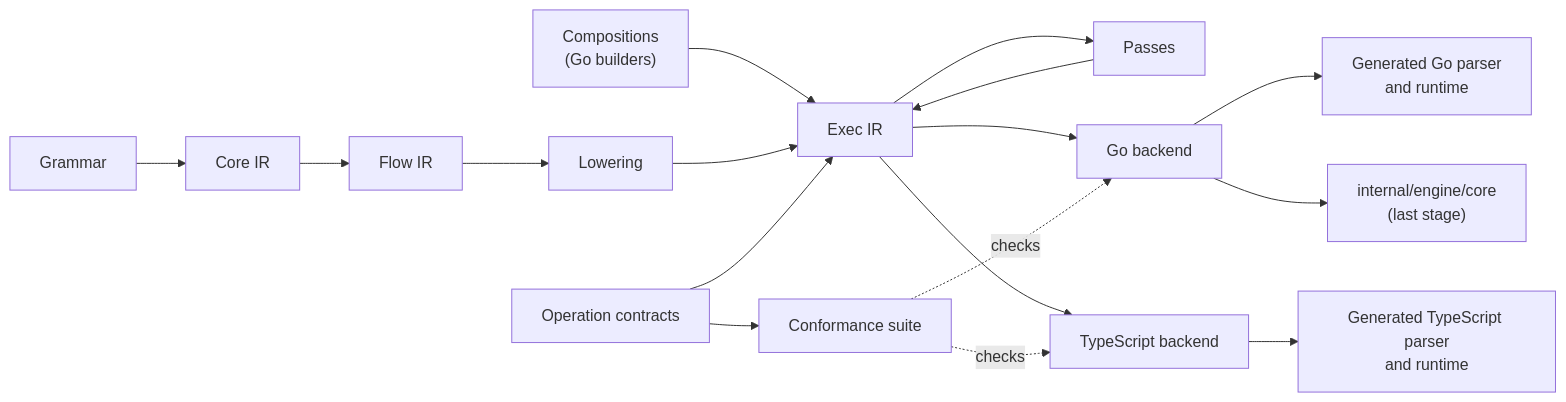
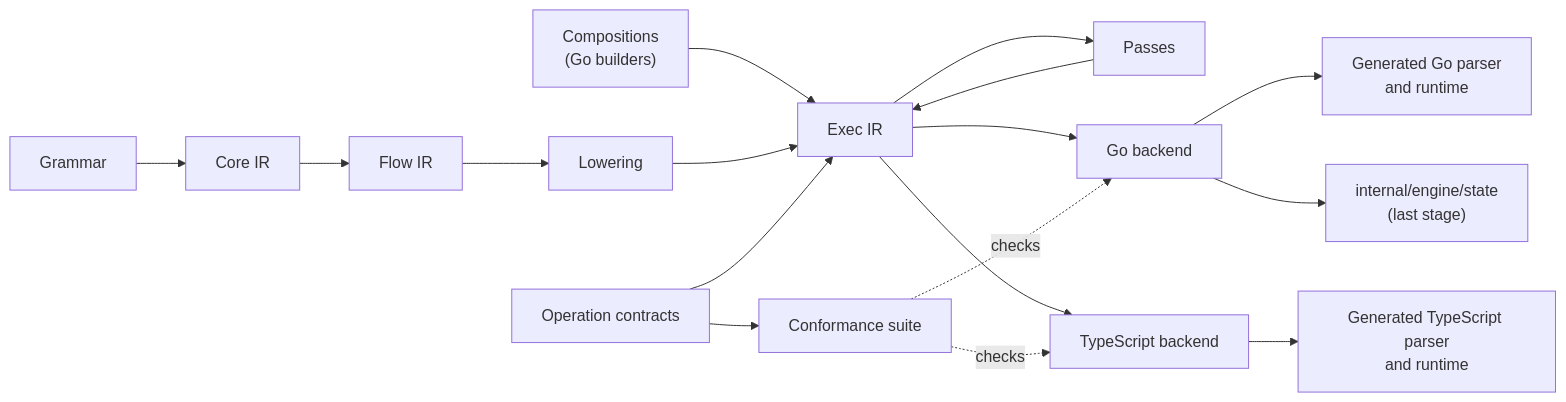
The diagram in docs/design/records/065-exec-ir-parser-vm.md (zeroparse/zp), drawn with Mermaid before and after one commit. The commit also changed other lines of this file and 474 other files, not shown here.

First line of the commit message:
Rename the engine's internal package core to state

````diff
--- a/docs/design/records/065-exec-ir-parser-vm.md
+++ b/docs/design/records/065-exec-ir-parser-vm.md
@@ -32,16 +32,16 @@
 ```mermaid
 flowchart LR
   g["Grammar"] --> core["Core IR"] --> flow["Flow IR"] --> low["Lowering"]
   comp["Compositions<br/>(Go builders)"] --> exec
   low --> exec["Exec IR"]
   spec["Operation contracts"] --> exec
   exec --> passes["Passes"] --> exec
   exec --> gob["Go backend"]
   exec --> tsb["TypeScript backend"]
   gob --> goout["Generated Go parser<br/>and runtime"]
-  gob --> eng["internal/engine/core<br/>(last stage)"]
+  gob --> eng["internal/engine/state<br/>(last stage)"]
   tsb --> tsout["Generated TypeScript parser<br/>and runtime"]
   spec --> conf["Conformance suite"]
   conf -. checks .-> gob
   conf -. checks .-> tsb
 ```
````
